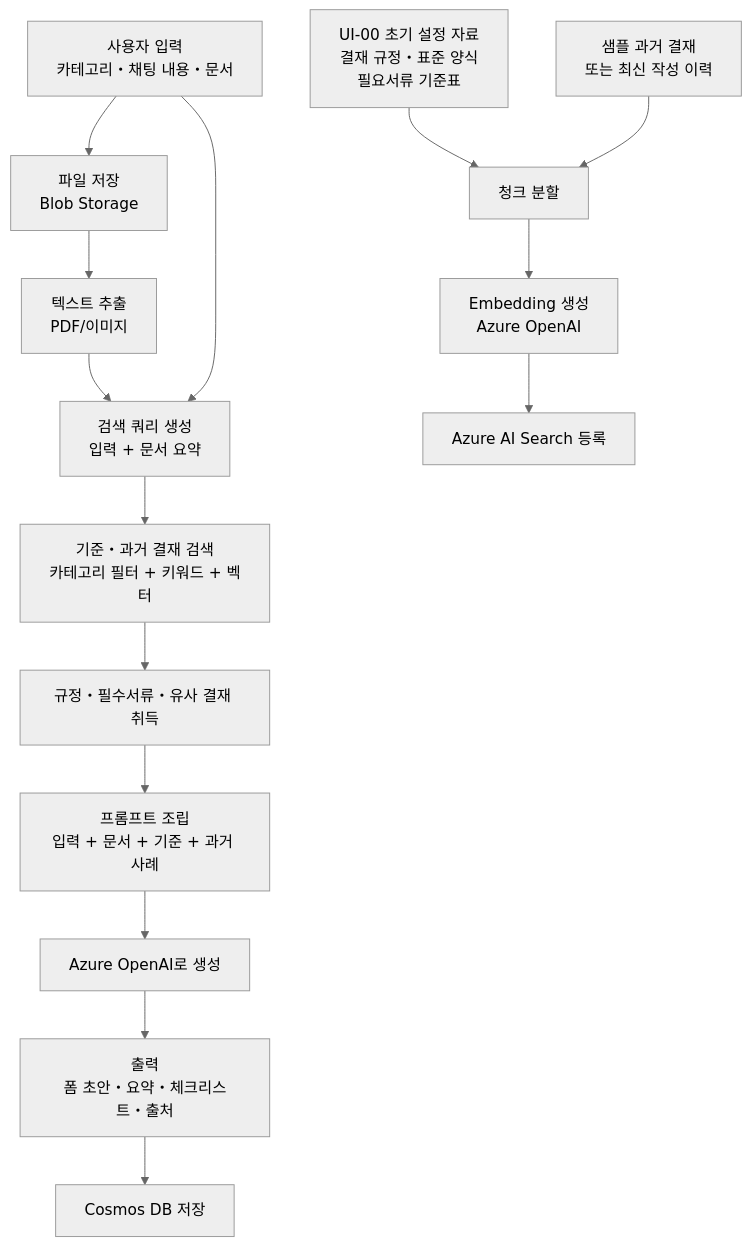
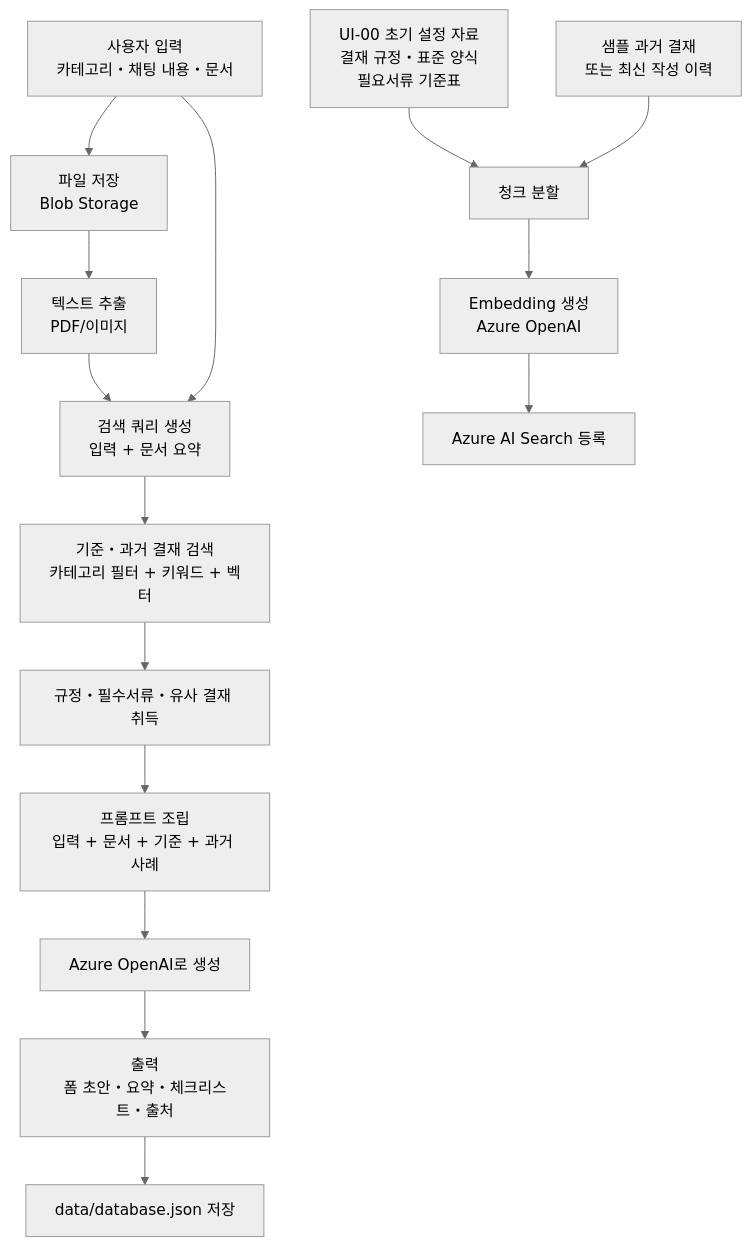
One commit to intaegi/ai_assist_project changed the third of 5 diagrams in docs/decision_rag_design_spec_ko.md. Above: the diagram before and after it, drawn with Mermaid (neutral theme). The commit also changed other lines of this file and 61 other files, not shown here.

````diff
--- a/docs/decision_rag_design_spec_ko.md
+++ b/docs/decision_rag_design_spec_ko.md
@@ -263,18 +260,18 @@
 ```mermaid
 flowchart TD
     A["사용자 입력<br/>카테고리・채팅 내용・문서"] --> B["파일 저장<br/>Blob Storage"]
     B --> C["텍스트 추출<br/>PDF/이미지"]
     C --> G["검색 쿼리 생성<br/>입력 + 문서 요약"]
     A --> G
     G --> H["기준・과거 결재 검색<br/>카테고리 필터 + 키워드 + 벡터"]
     H --> I["규정・필수서류・유사 결재 취득"]
     I --> J["프롬프트 조립<br/>입력 + 문서 + 기준 + 과거 사례"]
     J --> K["Azure OpenAI로 생성"]
     K --> L["출력<br/>폼 초안・요약・체크리스트・출처"]
-    L --> M["Cosmos DB 저장"]
+    L --> M["data/database.json 저장"]
 
     R["UI-00 초기 설정 자료<br/>결재 규정・표준 양식<br/>필요서류 기준표"] --> D["청크 분할"]
     P["샘플 과거 결재<br/>또는 최신 작성 이력"] --> D
     D --> E["Embedding 생성<br/>Azure OpenAI"]
     E --> F["Azure AI Search 등록"]
 ```
````
